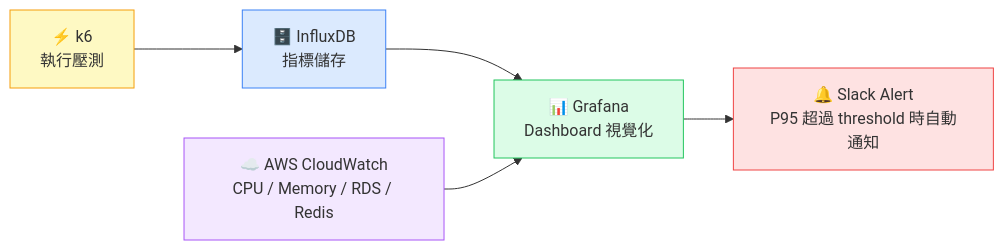
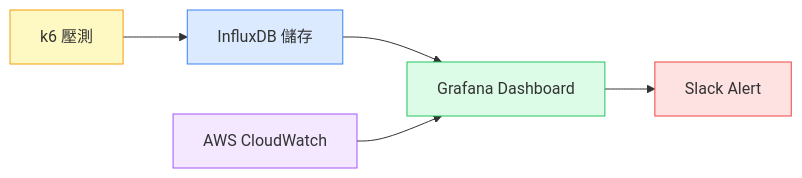
Before and after one commit to jimmyhong065/jimmy-hong-portfolio: the second of 2 diagrams in docs/k6-article-revised.md, drawn with Mermaid. The commit also changed other lines of this file and 28 other files, not shown here.

````diff
--- a/docs/k6-article-revised.md
+++ b/docs/k6-article-revised.md
@@ -148,13 +148,12 @@
 ```mermaid
 flowchart LR
-    K6["⚡ k6\n執行壓測"] --> IDB["🗄️ InfluxDB\n指標儲存"]
-    IDB --> GF["📊 Grafana\nDashboard 視覺化"]
-    CW["☁️ AWS CloudWatch\nCPU / Memory / RDS / Redis"] --> GF
-    GF --> AL["🔔 Slack Alert\nP95 超過 threshold 時自動通知"]
-
+    K6[k6 壓測] --> IDB[InfluxDB 儲存]
+    IDB --> GF[Grafana Dashboard]
+    CW[AWS CloudWatch] --> GF
+    GF --> AL[Slack Alert]
     style K6 fill:#fef9c3,stroke:#f59e0b
     style IDB fill:#dbeafe,stroke:#3b82f6
     style GF fill:#dcfce7,stroke:#22c55e
     style CW fill:#f3e8ff,stroke:#a855f7
     style AL fill:#fee2e2,stroke:#ef4444
 ```
````
